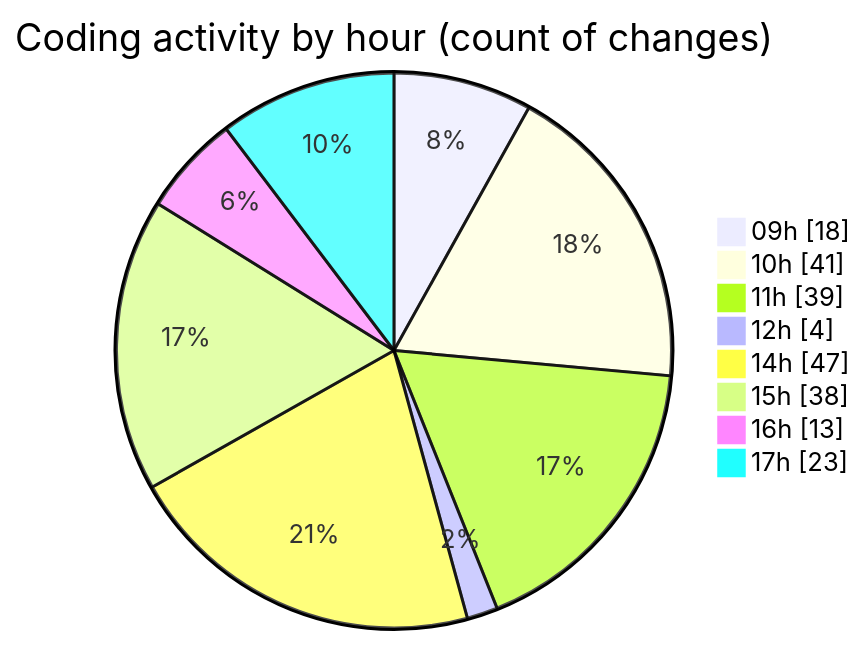
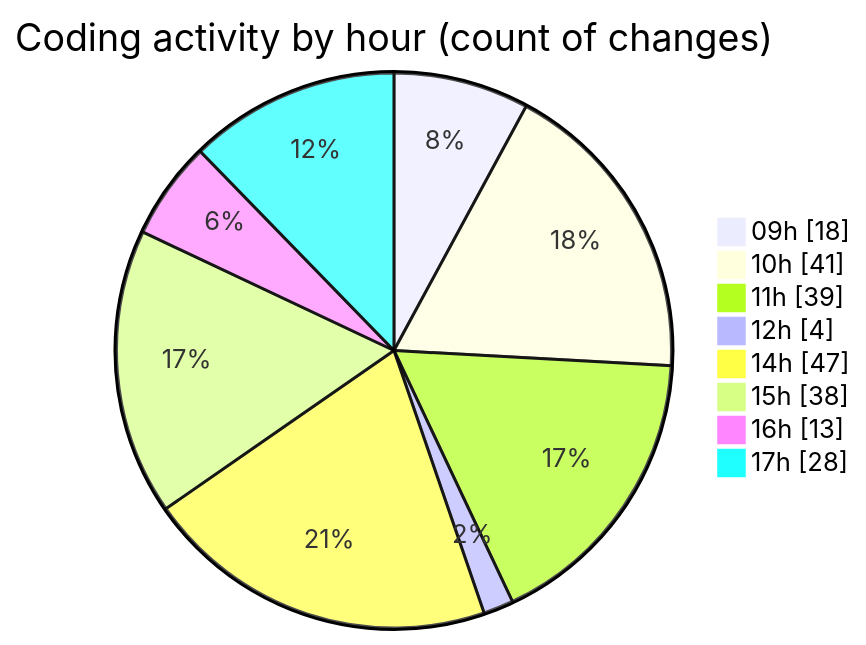
Before and after one commit to momahboobian/code-tracking: the second of 2 diagrams in 2025-02-11/cda/README.md, drawn with Mermaid. The commit also changed other lines of this file and 1 other file, not shown here.

````diff
--- a/2025-02-11/cda/README.md
+++ b/2025-02-11/cda/README.md
@@ -34,12 +34,12 @@
 ```mermaid
 pie showData
 title Coding activity by hour (count of changes)
 "09h" : 18
 "10h" : 41
 "11h" : 39
 "12h" : 4
 "14h" : 47
 "15h" : 38
 "16h" : 13
-"17h" : 23
+"17h" : 28
 ```
````
